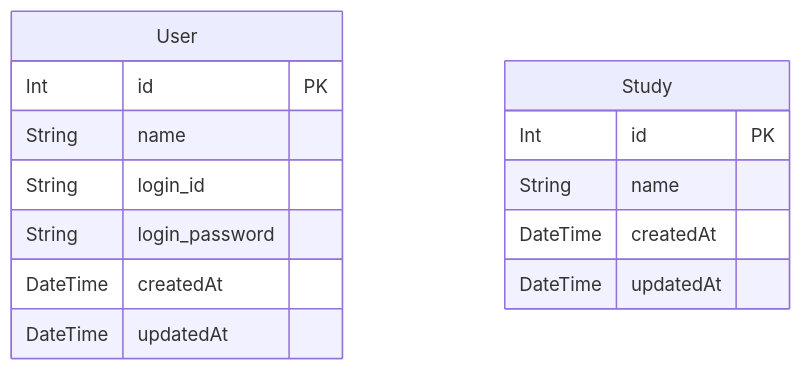
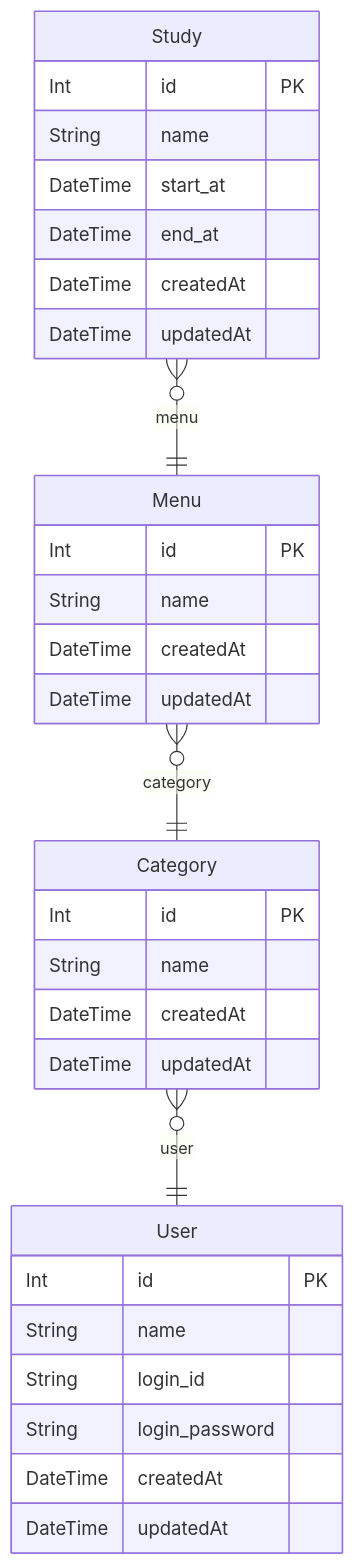
The diagram in server/prisma/scheme.md (lsptt5271/study-hack), drawn with Mermaid before and after one commit. The commit also changed 16 other files, not shown here.

````diff
--- a/server/prisma/scheme.md
+++ b/server/prisma/scheme.md
@@ -1,21 +1,42 @@
 ```mermaid
 erDiagram
 
   User {
     Int id PK 
     String name  
     String login_id  
     String login_password  
     DateTime createdAt  
     DateTime updatedAt  
     }
   
 
-  Study {
+  Category {
     Int id PK 
     String name  
     DateTime createdAt  
     DateTime updatedAt  
     }
   
+
+  Menu {
+    Int id PK 
+    String name  
+    DateTime createdAt  
+    DateTime updatedAt  
+    }
+  
+
+  Study {
+    Int id PK 
+    String name  
+    DateTime start_at  
+    DateTime end_at  
+    DateTime createdAt  
+    DateTime updatedAt  
+    }
+  
+    Category o{--|| User : "user"
+    Menu o{--|| Category : "category"
+    Study o{--|| Menu : "menu"
 ```
````
